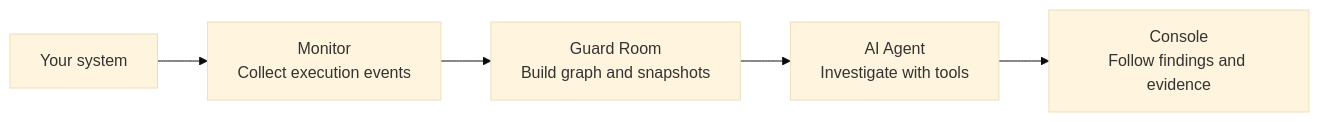
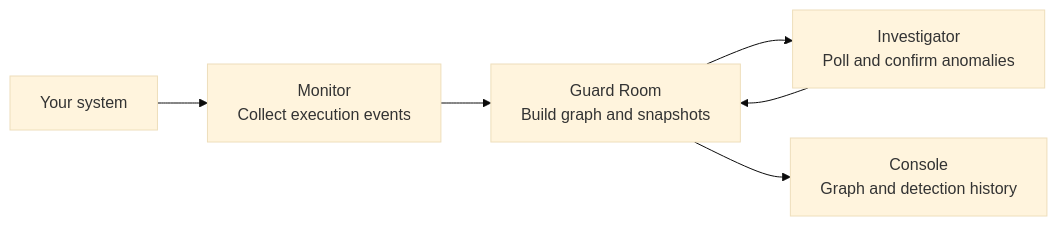
The diagram in README.md (Aquila-f/nightwatch), drawn with Mermaid (base theme) before and after one commit. The commit also changed other lines of this file and 59 other files, not shown here.

First line of the commit message:
feat(investigator): add independent detection service

````diff
--- a/README.md
+++ b/README.md
@@ -38,7 +40,8 @@
 ```mermaid
 flowchart LR
     S["Your system"] --> M["Monitor<br/>Collect execution events"]
     M --> G["Guard Room<br/>Build graph and snapshots"]
-    G --> A["AI Agent<br/>Investigate with tools"]
-    A --> C["Console<br/>Follow findings and evidence"]
+    G --> I["Investigator<br/>Poll and confirm anomalies"]
+    I --> G
+    G --> C["Console<br/>Graph and detection history"]
 ```
````
